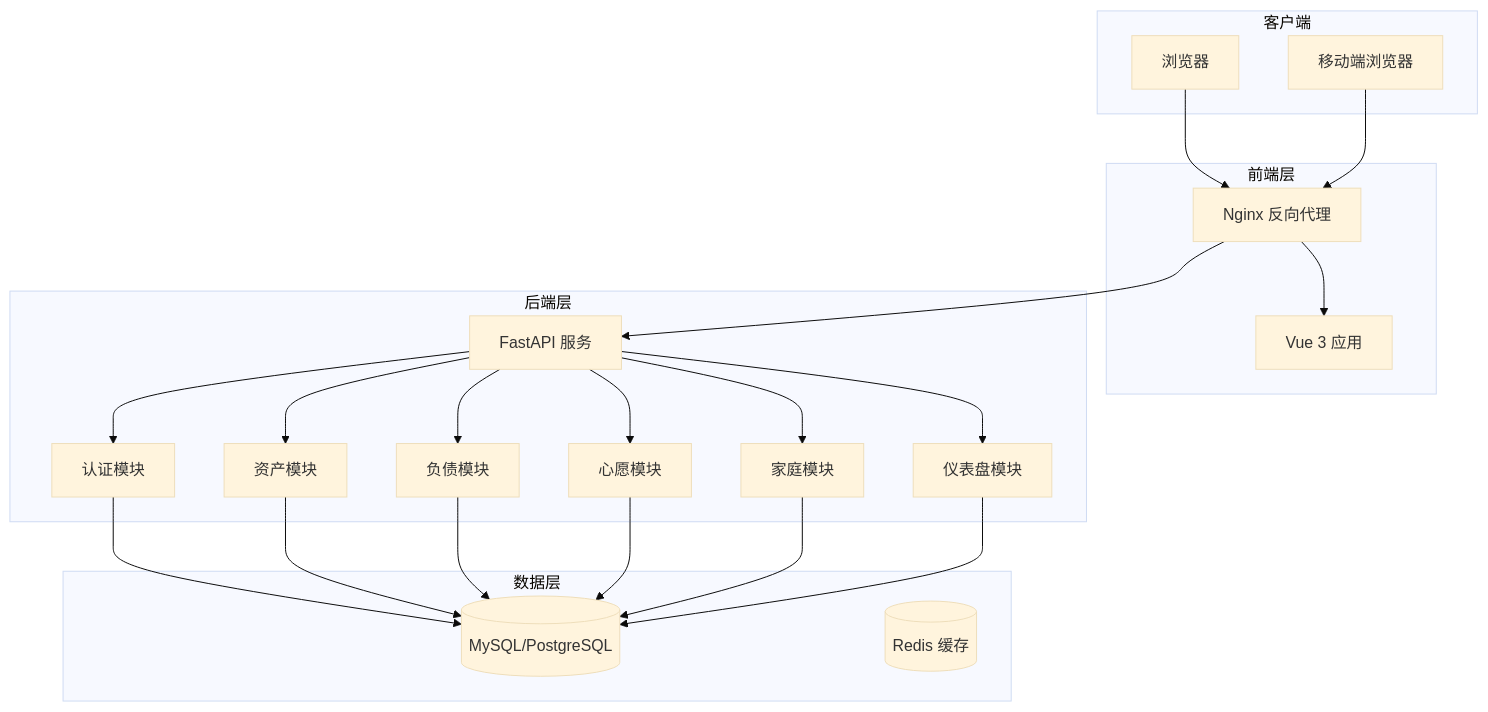
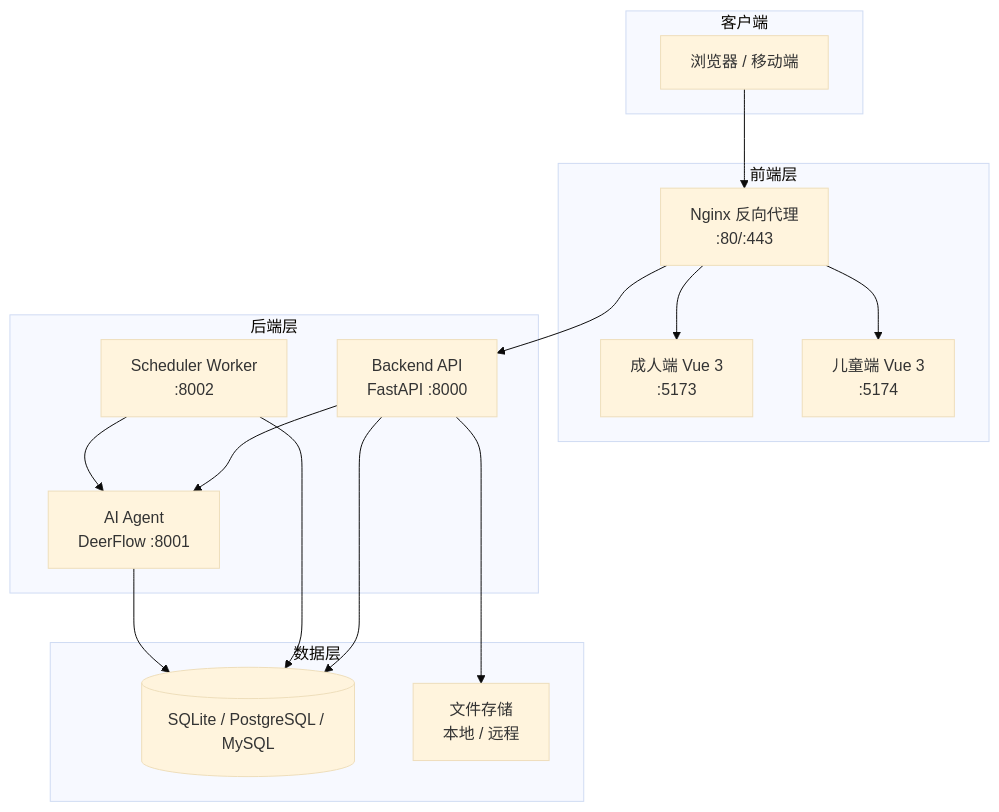
Before and after one commit to vincentruan/numina: the first of 6 diagrams in docs/ARCHITECTURE.md, drawn with Mermaid (base theme). The commit also changed other lines of this file and 248 other files, not shown here.

````diff
--- a/docs/ARCHITECTURE.md
+++ b/docs/ARCHITECTURE.md
@@ -41,44 +5,34 @@
 ```mermaid
 graph TB
     subgraph "客户端"
-        Browser[浏览器]
-        Mobile[移动端浏览器]
+        Browser[浏览器 / 移动端]
     end
 
     subgraph "前端层"
-        Nginx[Nginx 反向代理]
-        Vue[Vue 3 应用]
+        Nginx[Nginx 反向代理<br/>:80/:443]
+        MainApp[成人端 Vue 3<br/>:5173]
+        ChildApp[儿童端 Vue 3<br/>:5174]
     end
 
     subgraph "后端层"
-        FastAPI[FastAPI 服务]
-        Auth[认证模块]
-        Asset[资产模块]
-        Liability[负债模块]
-        Wish[心愿模块]
-        Family[家庭模块]
-        Dashboard[仪表盘模块]
+        Backend[Backend API<br/>FastAPI :8000]
+        Agent[AI Agent<br/>DeerFlow :8001]
+        Worker[Scheduler Worker<br/>:8002]
     end
 
     subgraph "数据层"
-        MySQL[(MySQL/PostgreSQL)]
-        Redis[(Redis 缓存)]
+        DB[(SQLite / PostgreSQL / MySQL)]
+        FS[文件存储<br/>本地 / 远程]
     end
 
     Browser --> Nginx
-    Mobile --> Nginx
-    Nginx --> Vue
-    Nginx --> FastAPI
-    FastAPI --> Auth
-    FastAPI --> Asset
-    FastAPI --> Liability
-    FastAPI --> Wish
-    FastAPI --> Family
-    FastAPI --> Dashboard
-    Auth --> MySQL
-    Asset --> MySQL
-    Liability --> MySQL
-    Wish --> MySQL
-    Family --> MySQL
-    Dashboard --> MySQL
+    Nginx --> MainApp
+    Nginx --> ChildApp
+    Nginx --> Backend
+    Backend --> DB
+    Backend --> FS
+    Backend --> Agent
+    Worker --> DB
+    Worker --> Agent
+    Agent --> DB
 ```
````
